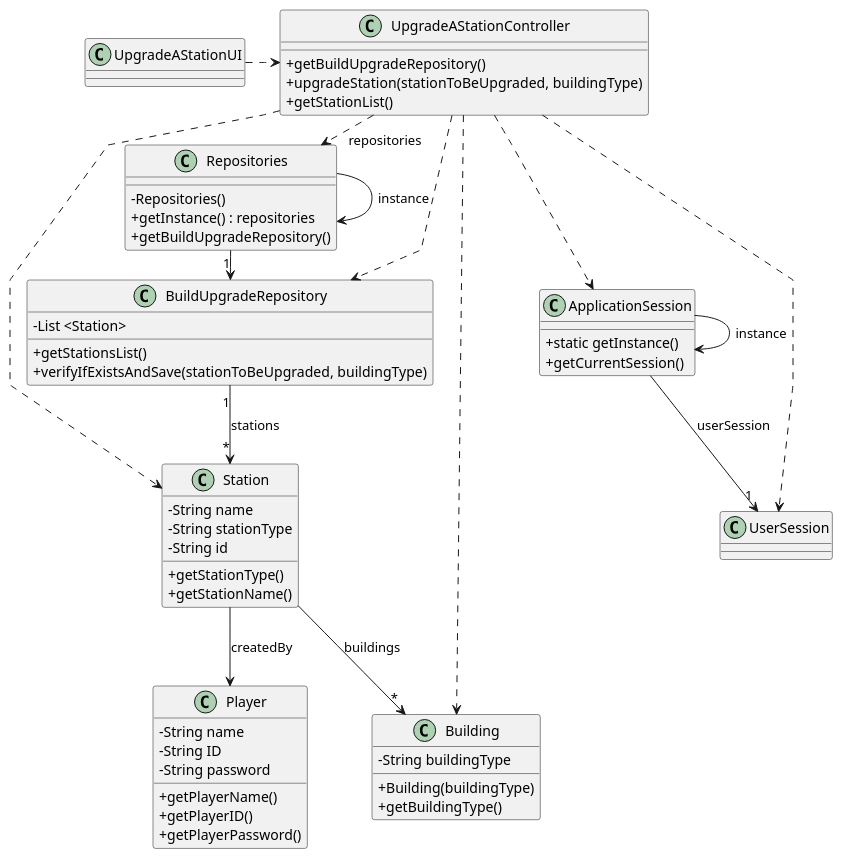
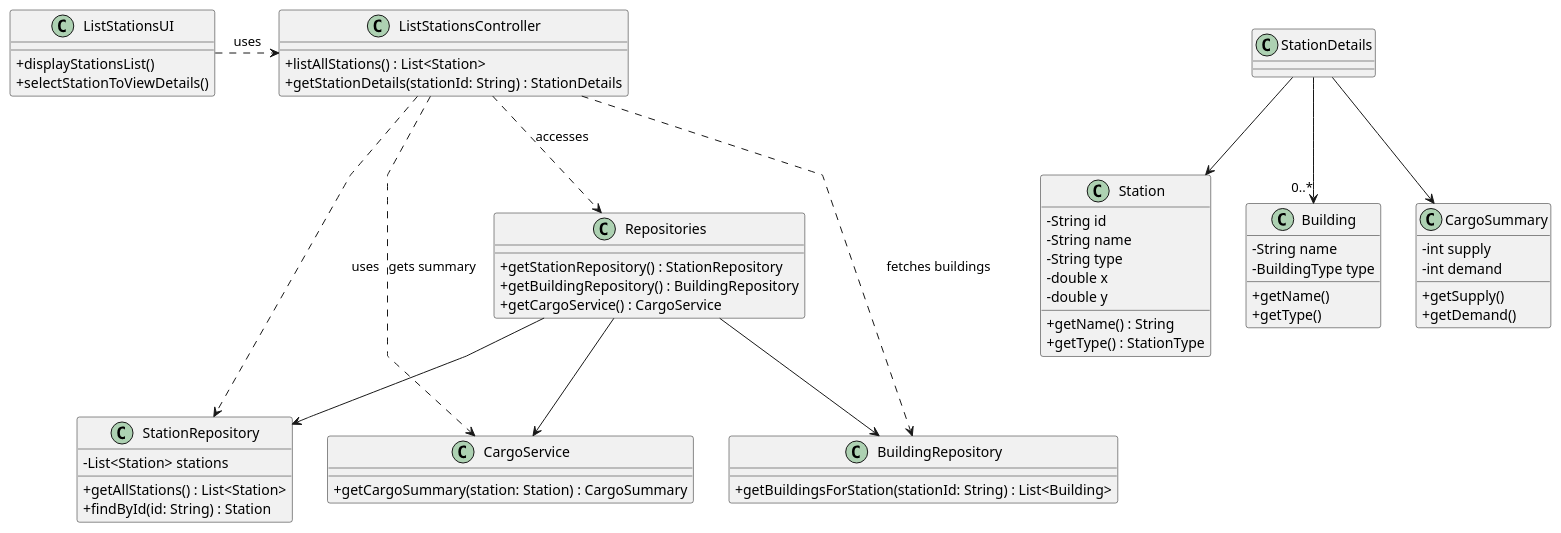
One commit to ivasduarte/all-aboard changed the diagram in docs/sprint2/us007/03.design/puml/us007-class-diagram.puml. Above: the diagram before and after it, drawn with PlantUML. The commit also changed 3 other files, not shown here.

Commit message:
US007(docs): non-definitive class diagram

```diff
--- a/docs/sprint2/us007/03.design/puml/us007-class-diagram.puml
+++ b/docs/sprint2/us007/03.design/puml/us007-class-diagram.puml
@@ -1,84 +1,84 @@
 @startuml
-skinparam packageeStyle rectangle
+skinparam packageStyle rectangle
 skinparam shadowing false
 skinparam linetype polyline
-
 skinparam classAttributeIconSize 0
 
-class Player {
-    - String name
-    - String ID
-    - String password
-    + getPlayerName()
-    + getPlayerID()
-    + getPlayerPassword()
+
+class ListStationsUI {
+    + displayStationsList()
+    + selectStationToViewDetails()
 }
 
-class UserSession {
+class ListStationsController {
+    + listAllStations() : List<Station>
+    + getStationDetails(stationId: String) : StationDetails
 }
 
-class ApplicationSession {
-    + static getInstance()
-    + getCurrentSession()
+
+class Repositories {
+    + getStationRepository() : StationRepository
+    + getBuildingRepository() : BuildingRepository
+    + getCargoService() : CargoService
+}
+
+class StationRepository {
+    - List<Station> stations
+    + getAllStations() : List<Station>
+    + findById(id: String) : Station
+}
+
+class BuildingRepository {
+    + getBuildingsForStation(stationId: String) : List<Building>
 }
 
 
 class Station {
+    - String id
     - String name
-    - String stationType
-    - String id
-    + getStationType()
-    + getStationName()
+    - String type
+    - double x
+    - double y
+    + getName() : String
+    + getType() : StationType
+
 }
 
 
 class Building {
-    - String buildingType
-    + Building(buildingType)
-    + getBuildingType()
+    - String name
+    - BuildingType type
+    + getName()
+    + getType()
 }
 
-class UpgradeAStationUI {
+class CargoService {
+    + getCargoSummary(station: Station) : CargoSummary
 }
 
-class UpgradeAStationController {
-    + getBuildUpgradeRepository()
-    + upgradeStation(stationToBeUpgraded, buildingType)
-    + getStationList()
+class CargoSummary {
+    - int supply
+    - int demand
+    + getSupply()
+    + getDemand()
 }
 
-class Repositories {
-    - Repositories()
-    + getInstance() : repositories
-    + getBuildUpgradeRepository()
-}
 
-class BuildUpgradeRepository {
-    - List <Station>
-    + getStationsList()
-    + verifyIfExistsAndSave(stationToBeUpgraded, buildingType)
-}
+ListStationsUI .> ListStationsController : uses
+ListStationsController ..> Repositories : accesses
+Repositories --> StationRepository
+Repositories --> BuildingRepository
+Repositories --> CargoService
 
-Repositories -> Repositories : instance
-ApplicationSession -> ApplicationSession : instance
+ListStationsController ..> StationRepository : uses
+ListStationsController ..> CargoService : gets summary
+ListStationsController ..> BuildingRepository : fetches buildings
 
-UpgradeAStationUI .> UpgradeAStationController
 
-UpgradeAStationController .> Repositories : repositories
+StationDetails --> Station
+StationDetails --> CargoSummary
+StationDetails --> "0..*" Building
 
-Repositories -> "1" BuildUpgradeRepository
-UpgradeAStationController ..> Station
-UpgradeAStationController ..> Building
-UpgradeAStationController ..> BuildUpgradeRepository
 
-ApplicationSession --> "1" UserSession : userSession
-
-UpgradeAStationController ..> ApplicationSession
-UpgradeAStationController ..> UserSession
-
-BuildUpgradeRepository "1" --> "*" Station : stations
-
-Station --> Player : createdBy
-Station --> "*" Building : buildings
 
 @enduml
```
